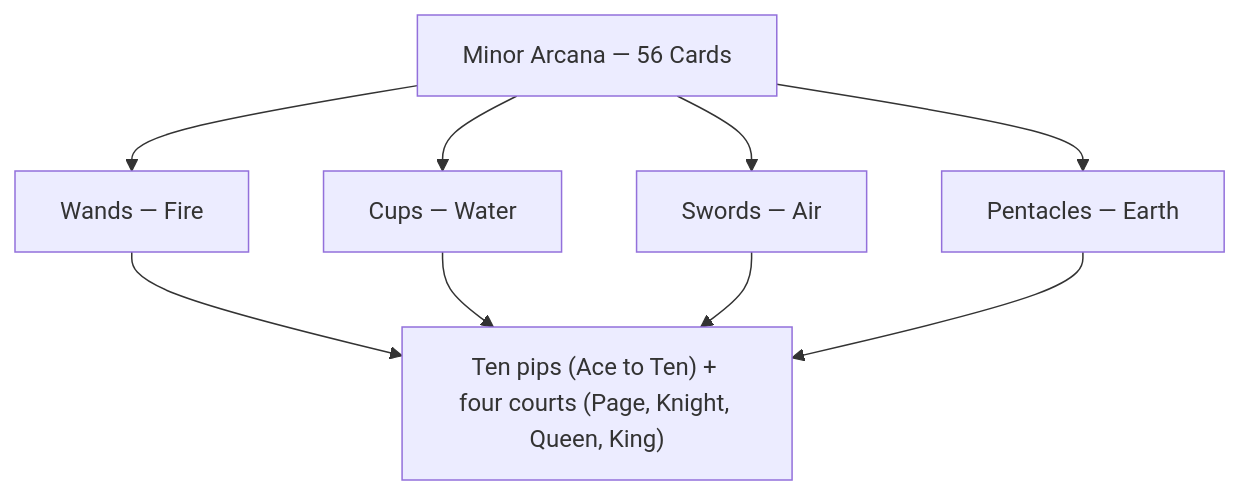
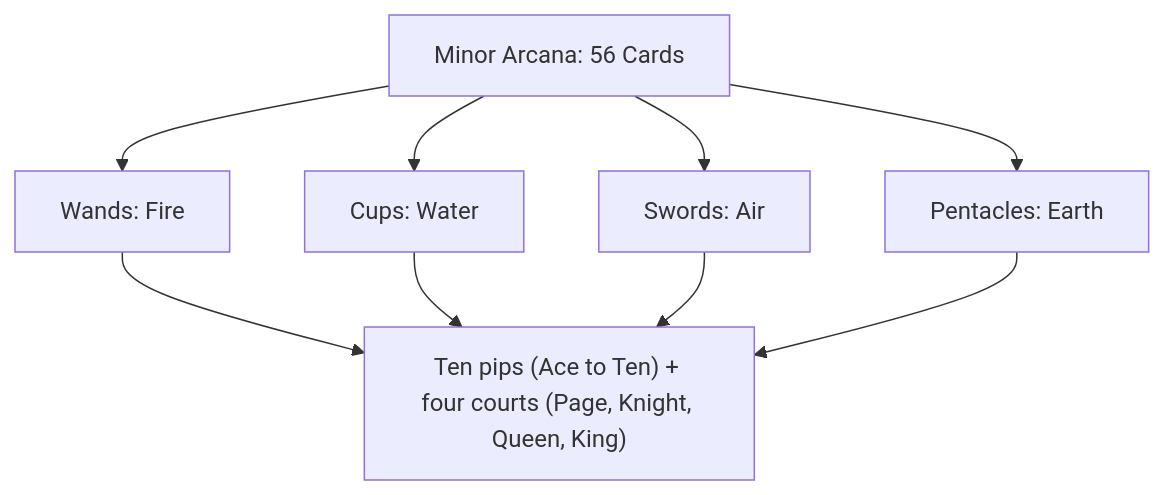
Before and after one commit to kennethreitz/kennethreitz.org: the diagram in data/knowledge/tarot/minor-arcana/index.md, drawn with Mermaid. The commit also changed other lines of this file and 879 other files, not shown here.

````diff
--- a/data/knowledge/tarot/minor-arcana/index.md
+++ b/data/knowledge/tarot/minor-arcana/index.md
@@ -18,12 +18,12 @@
 ```mermaid
 flowchart TD
-    MI["Minor Arcana — 56 Cards"]
-    MI --> W["Wands — Fire"]
-    MI --> C["Cups — Water"]
-    MI --> S["Swords — Air"]
-    MI --> P["Pentacles — Earth"]
+    MI["Minor Arcana: 56 Cards"]
+    MI --> W["Wands: Fire"]
+    MI --> C["Cups: Water"]
+    MI --> S["Swords: Air"]
+    MI --> P["Pentacles: Earth"]
     W --> ST["Ten pips (Ace to Ten) + four courts (Page, Knight, Queen, King)"]
     C --> ST
     S --> ST
     P --> ST
 ```
````
